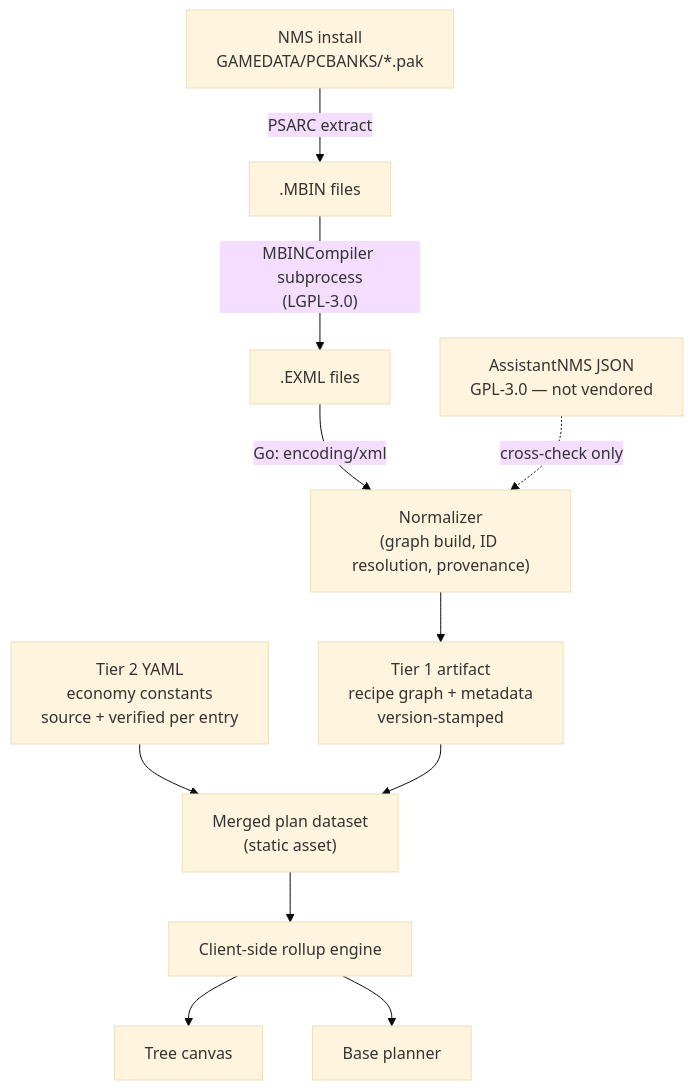
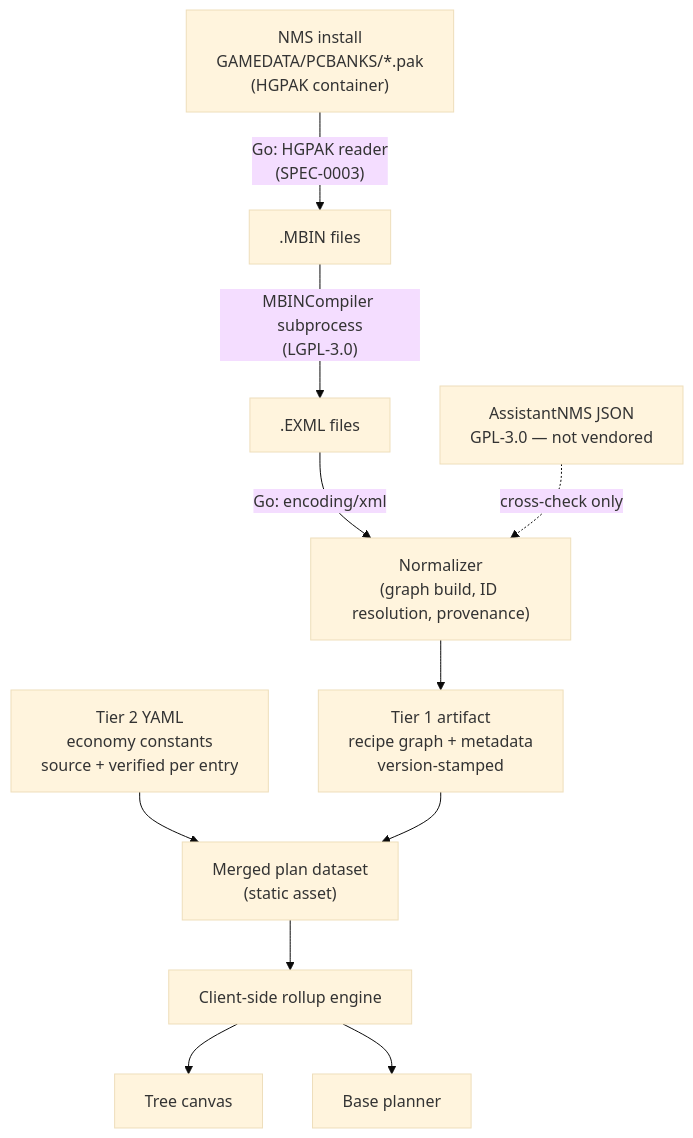
The diagram in docs/adrs/ADR-0001-two-tier-nms-data-ingestion.md (jonstump/nms-base-planner), drawn with Mermaid (base theme) before and after one commit. The commit also changed other lines of this file and 2 other files, not shown here.

````diff
--- a/docs/adrs/ADR-0001-two-tier-nms-data-ingestion.md
+++ b/docs/adrs/ADR-0001-two-tier-nms-data-ingestion.md
@@ -111,13 +111,13 @@
 ```mermaid
 graph TD
-    A["NMS install<br/>GAMEDATA/PCBANKS/*.pak"] -->|PSARC extract| B[".MBIN files"]
+    A["NMS install<br/>GAMEDATA/PCBANKS/*.pak<br/>(HGPAK container)"] -->|"Go: HGPAK reader<br/>(SPEC-0003)"| B[".MBIN files"]
     B -->|"MBINCompiler subprocess<br/>(LGPL-3.0)"| C[".EXML files"]
     C -->|"Go: encoding/xml"| D["Normalizer<br/>(graph build, ID resolution, provenance)"]
     D --> E["Tier 1 artifact<br/>recipe graph + metadata<br/>version-stamped"]
     F["Tier 2 YAML<br/>economy constants<br/>source + verified per entry"] --> G
     E --> G["Merged plan dataset<br/>(static asset)"]
     G --> H["Client-side rollup engine"]
     H --> I["Tree canvas"]
     H --> J["Base planner"]
     K["AssistantNMS JSON<br/>GPL-3.0 — not vendored"] -.->|cross-check only| D
 ```
````
